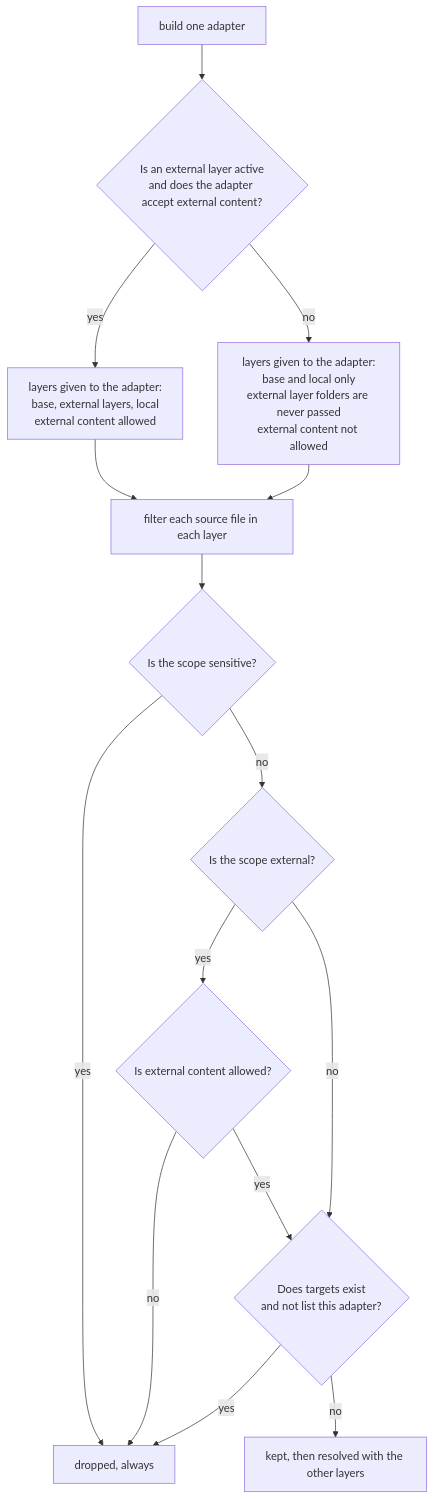
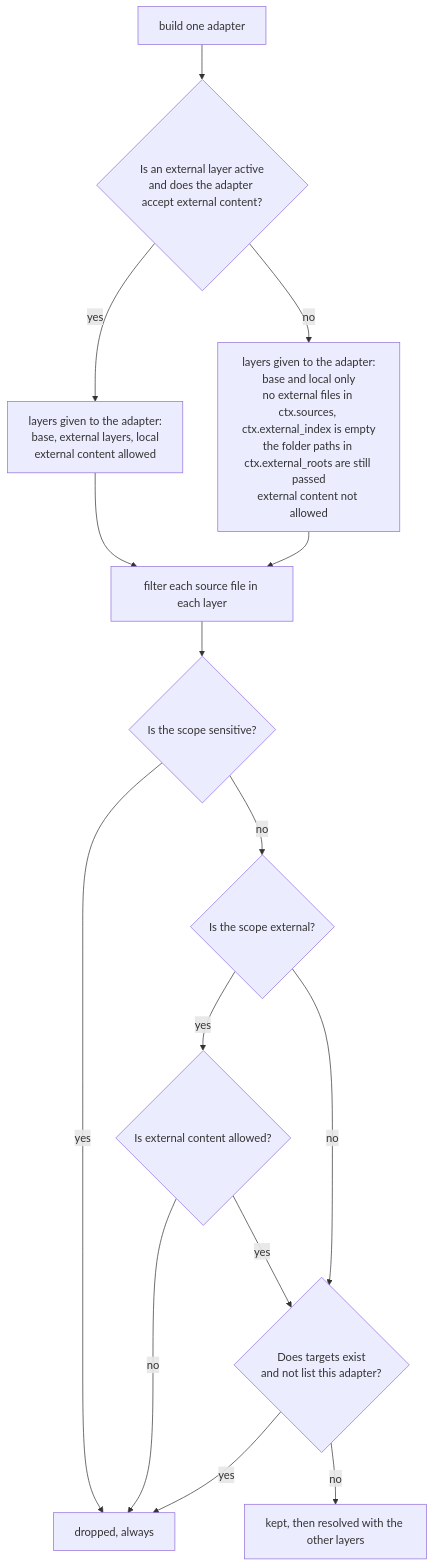
One commit to suryast/agent-dotenv changed the first of 2 diagrams in docs/security.md. Above: the diagram before and after it, drawn with Mermaid. The commit also changed other lines of this file and 1 other file, not shown here.

Commit message:
docs: correct two diagram labels

````diff
--- a/docs/security.md
+++ b/docs/security.md
@@ -25,17 +25,17 @@
 ```mermaid
 flowchart TD
   START["build one adapter"] --> ACTIVE{"Is an external layer active<br/>and does the adapter accept external content?"}
   ACTIVE -- "yes" --> WITHEXT["layers given to the adapter:<br/>base, external layers, local<br/>external content allowed"]
-  ACTIVE -- "no" --> NOEXT["layers given to the adapter:<br/>base and local only<br/>external layer folders are never passed<br/>external content not allowed"]
+  ACTIVE -- "no" --> NOEXT["layers given to the adapter:<br/>base and local only<br/>no external files in ctx.sources, ctx.external_index is empty<br/>the folder paths in ctx.external_roots are still passed<br/>external content not allowed"]
   WITHEXT --> FILE["filter each source file in each layer"]
   NOEXT --> FILE
   FILE --> SENS{"Is the scope sensitive?"}
   SENS -- "yes" --> DROP["dropped, always"]
   SENS -- "no" --> EXT{"Is the scope external?"}
   EXT -- "yes" --> ALLOWED{"Is external content allowed?"}
   ALLOWED -- "no" --> DROP
   ALLOWED -- "yes" --> TGT{"Does targets exist<br/>and not list this adapter?"}
   EXT -- "no" --> TGT
   TGT -- "yes" --> DROP
   TGT -- "no" --> KEEP["kept, then resolved with the other layers"]
 ```
````
